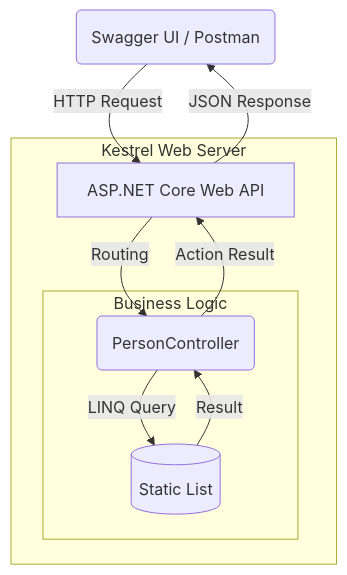
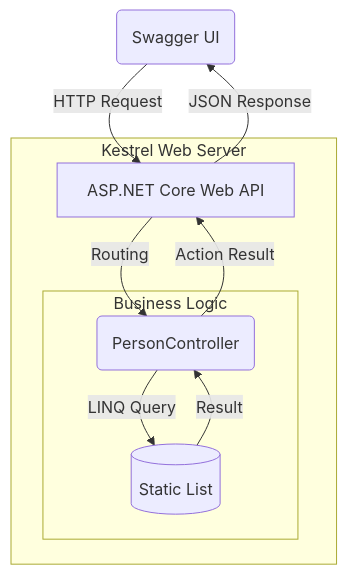
Before and after one commit to QuangKang/khang-learn-csharp: the diagram in README.md, drawn with Mermaid.

````diff
--- a/README.md
+++ b/README.md
@@ -86,17 +86,17 @@
 ```mermaid
 flowchart TD
-    Client(Swagger UI / Postman) -- HTTP Request --> API[ASP.NET Core Web API]
+    Client(Swagger UI) -- HTTP Request --> API[ASP.NET Core Web API]
     
     subgraph Server_Process [Kestrel Web Server]
         API -- Routing --> Controller(PersonController)
         
         subgraph Logic_Layer [Business Logic]
             Controller -- LINQ Query --> Data[(Static List <Person>)]
             Data -- Result --> Controller
         end
         
         Controller -- Action Result --> API
     end
     
     API -- JSON Response --> Client
 ```
````
